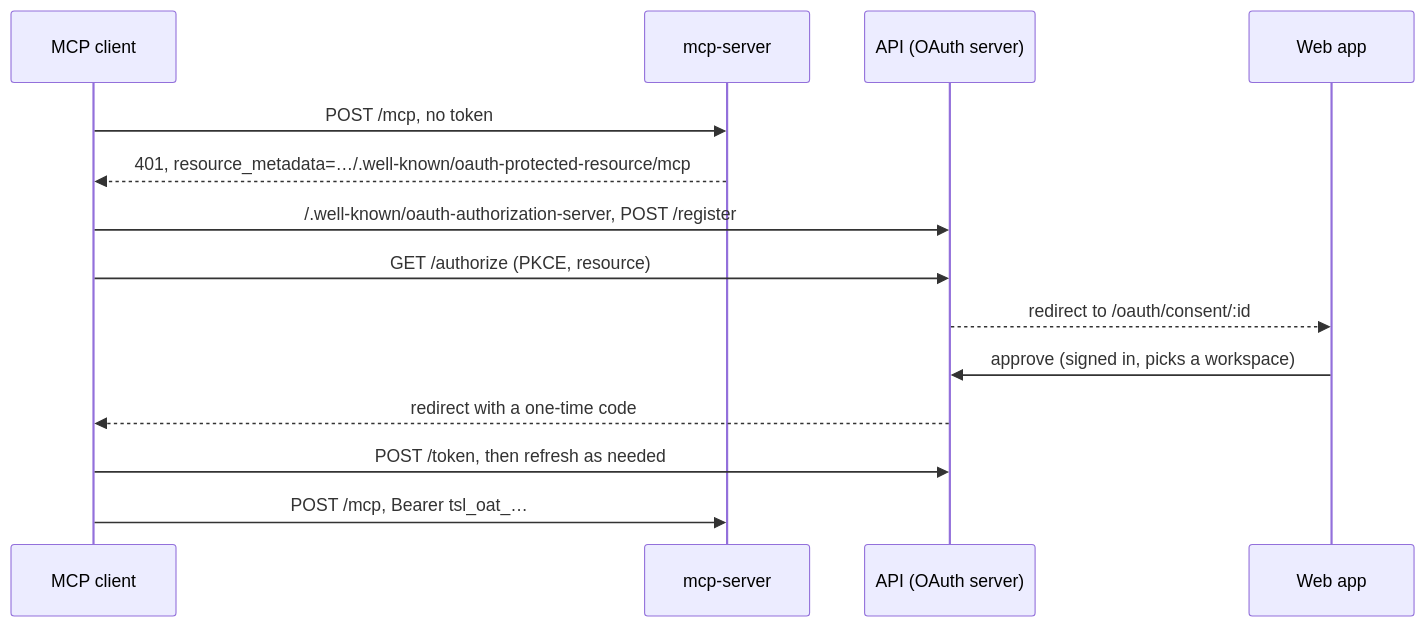
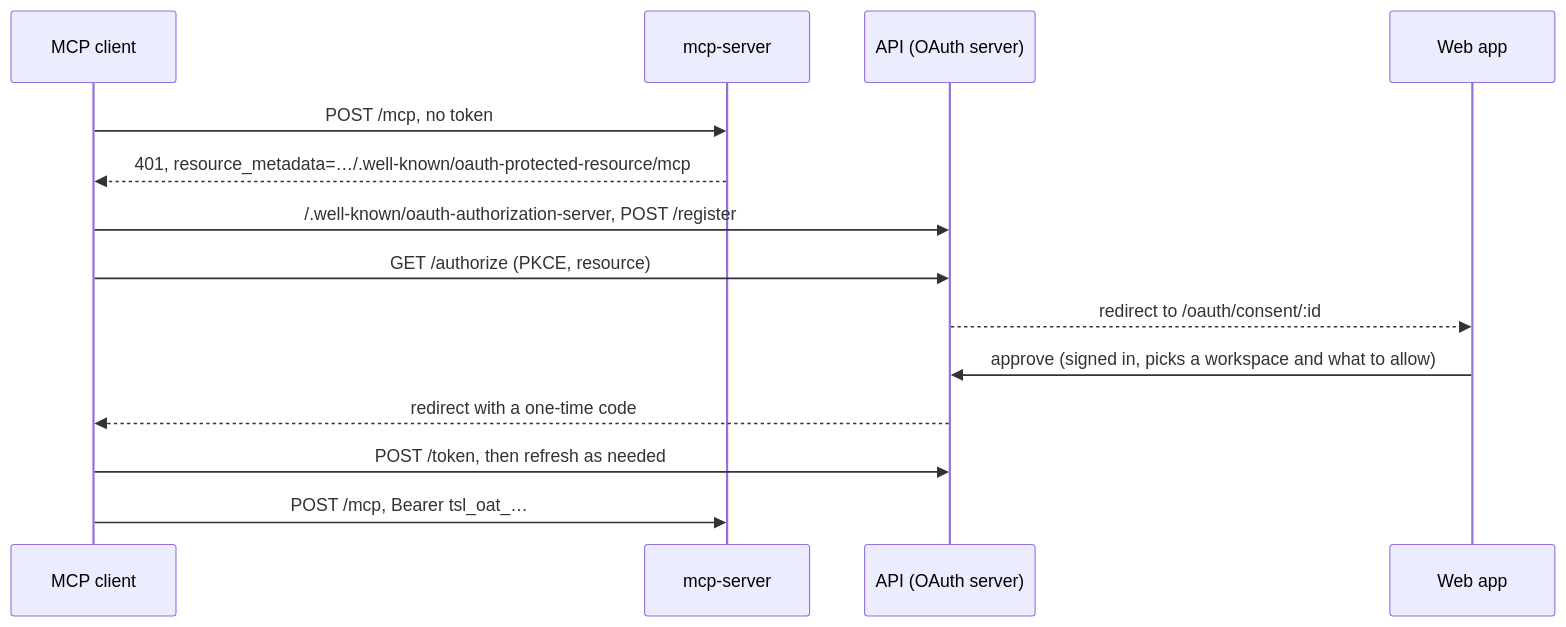
Before and after one commit to chaudhary-rishabh/Tessel: the tenth of 12 diagrams in docs/ARCHITECTURE.md, drawn with Mermaid. The commit also changed other lines of this file and 27 other files, not shown here.

````diff
--- a/docs/ARCHITECTURE.md
+++ b/docs/ARCHITECTURE.md
@@ -379,16 +379,16 @@
 ```mermaid
 sequenceDiagram
   participant C as MCP client
   participant M as mcp-server
   participant A as API (OAuth server)
   participant W as Web app
   C->>M: POST /mcp, no token
   M-->>C: 401, resource_metadata=…/.well-known/oauth-protected-resource/mcp
   C->>A: /.well-known/oauth-authorization-server, POST /register
   C->>A: GET /authorize (PKCE, resource)
   A-->>W: redirect to /oauth/consent/:id
-  W->>A: approve (signed in, picks a workspace)
+  W->>A: approve (signed in, picks a workspace and what to allow)
   A-->>C: redirect with a one-time code
   C->>A: POST /token, then refresh as needed
   C->>M: POST /mcp, Bearer tsl_oat_…
 ```
````
